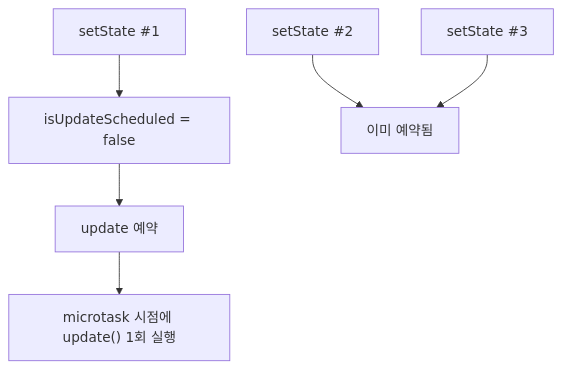
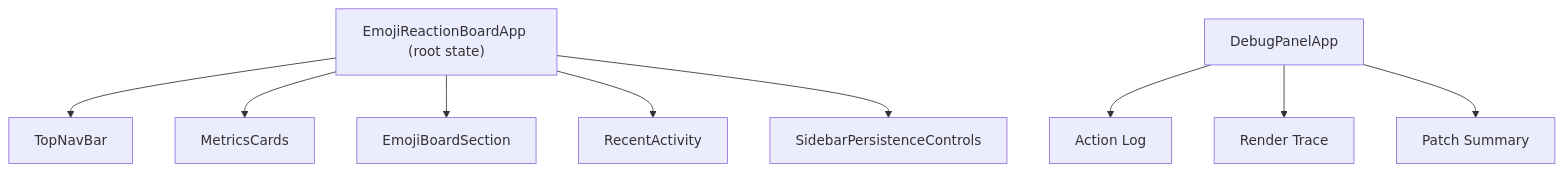
The third of 3 diagrams in README.md (cloud-9-git/baby-react_260401), drawn with Mermaid before and after one commit. The commit also changed other lines of this file and 2 other files, not shown here.

````diff
--- a/README.md
+++ b/README.md
@@ -264,8 +55,12 @@
 ```mermaid
-flowchart TD
-    A["setState #1"] --> B["isUpdateScheduled = false"]
-    B --> C["update 예약"]
-    D["setState #2"] --> E["이미 예약됨"]
-    F["setState #3"] --> E
-    C --> G["microtask 시점에 update() 1회 실행"]
+graph TD
+    A["EmojiReactionBoardApp (root state)"]
+    A --> B["TopNavBar"]
+    A --> C["MetricsCards"]
+    A --> D["EmojiBoardSection"]
+    A --> E["RecentActivity"]
+    A --> F["SidebarPersistenceControls"]
+    G["DebugPanelApp"] --> H["Action Log"]
+    G --> I["Render Trace"]
+    G --> J["Patch Summary"]
 ```
````
